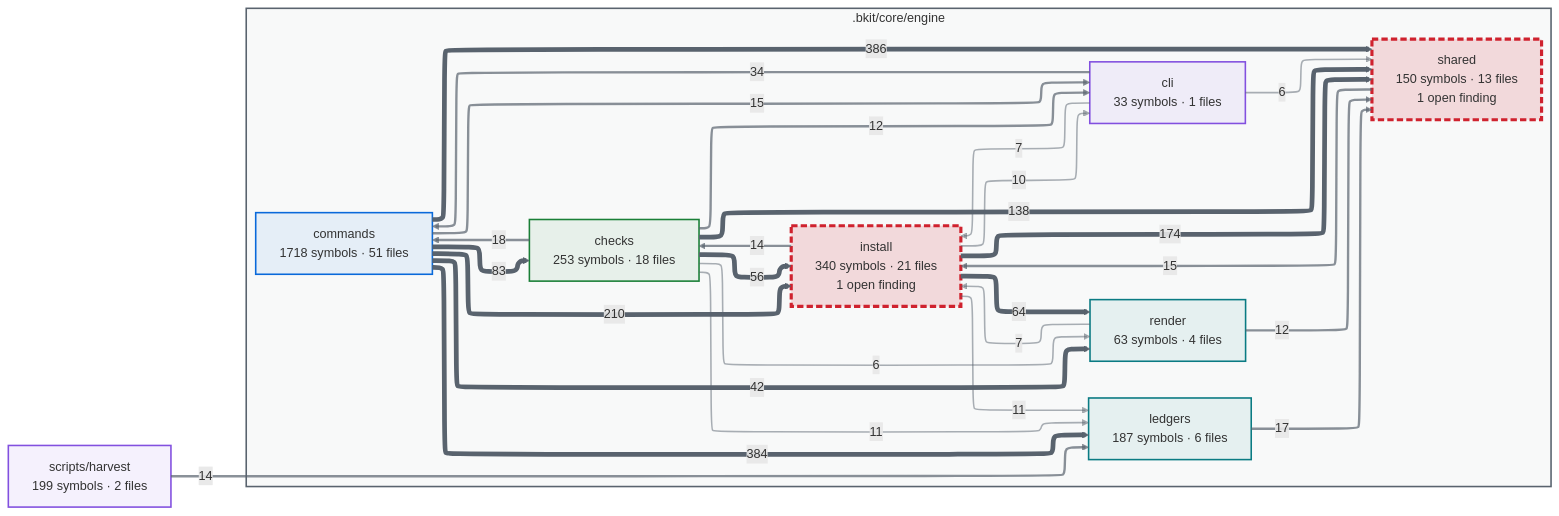
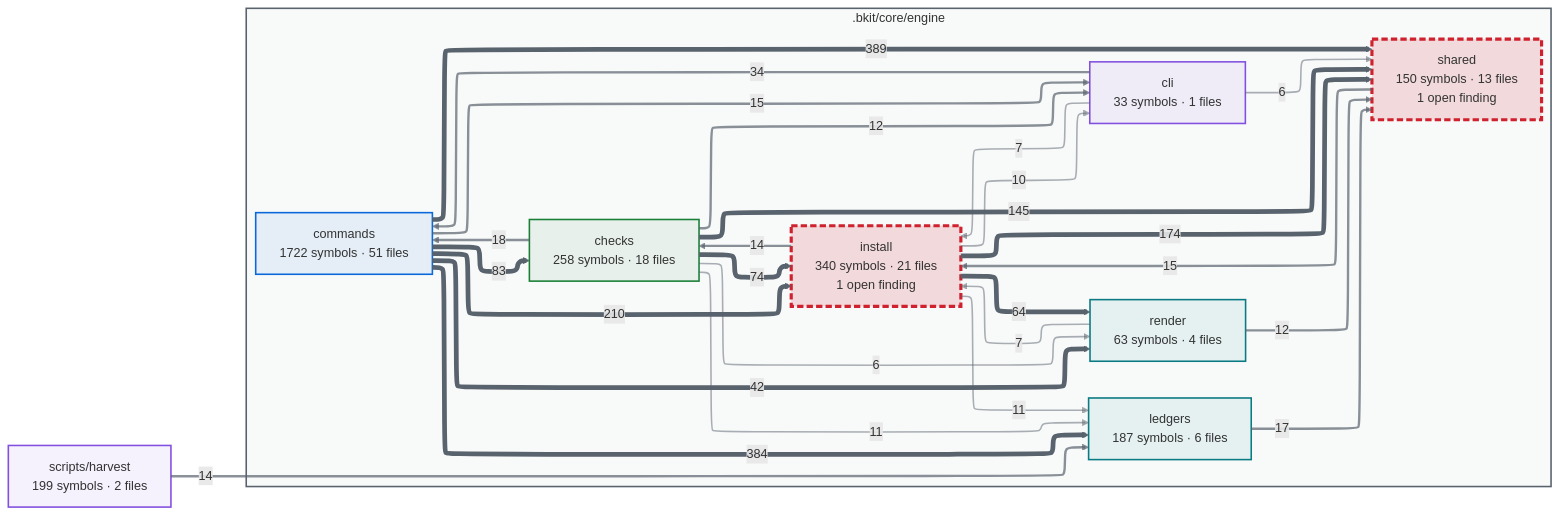
One commit to cbartens/bkit changed the first of 2 diagrams in docs/capabilities.md. Above: the diagram before and after it, drawn with Mermaid. The commit also changed other lines of this file and 237 other files, not shown here.

````diff
--- a/docs/capabilities.md
+++ b/docs/capabilities.md
@@ -154,80 +154,80 @@
 ```mermaid
 ---
 config:
   layout: elk
   themeCSS: "marker { overflow: visible; } marker path { transform: scale(1.8); transform-origin: 5px 5px; }"
   flowchart:
     useMaxWidth: false
 ---
 flowchart LR
   %% Generated by bkit-graphify-rollup.py — do not edit
   subgraph gn_bkit_core_engine[".bkit/core/engine"]
-    n_bkit_core_engine_checks["checks<br/>253 symbols · 18 files"]
+    n_bkit_core_engine_checks["checks<br/>258 symbols · 18 files"]
     n_bkit_core_engine_cli["cli<br/>33 symbols · 1 files"]
-    n_bkit_core_engine_commands["commands<br/>1718 symbols · 51 files"]
+    n_bkit_core_engine_commands["commands<br/>1722 symbols · 51 files"]
     n_bkit_core_engine_install["install<br/>340 symbols · 21 files<br/>1 open finding"]
     n_bkit_core_engine_ledgers["ledgers<br/>187 symbols · 6 files"]
     n_bkit_core_engine_render["render<br/>63 symbols · 4 files"]
     n_bkit_core_engine_shared["shared<br/>150 symbols · 13 files<br/>1 open finding"]
   end
   nscripts_harvest["scripts/harvest<br/>199 symbols · 2 files"]
-  n_bkit_core_engine_commands -->|386| n_bkit_core_engine_shared
+  n_bkit_core_engine_commands -->|389| n_bkit_core_engine_shared
   n_bkit_core_engine_commands -->|384| n_bkit_core_engine_ledgers
   n_bkit_core_engine_commands -->|210| n_bkit_core_engine_install
   n_bkit_core_engine_install -->|174| n_bkit_core_engine_shared
-  n_bkit_core_engine_checks -->|138| n_bkit_core_engine_shared
+  n_bkit_core_engine_checks -->|145| n_bkit_core_engine_shared
   n_bkit_core_engine_commands -->|83| n_bkit_core_engine_checks
+  n_bkit_core_engine_checks -->|74| n_bkit_core_engine_install
   n_bkit_core_engine_install -->|64| n_bkit_core_engine_render
-  n_bkit_core_engine_checks -->|56| n_bkit_core_engine_install
   n_bkit_core_engine_commands -->|42| n_bkit_core_engine_render
   n_bkit_core_engine_cli -->|34| n_bkit_core_engine_commands
   n_bkit_core_engine_checks -->|18| n_bkit_core_engine_commands
   n_bkit_core_engine_ledgers -->|17| n_bkit_core_engine_shared
   n_bkit_core_engine_shared -->|15| n_bkit_core_engine_install
   n_bkit_core_engine_commands -->|15| n_bkit_core_engine_cli
   n_bkit_core_engine_install -->|14| n_bkit_core_engine_checks
   nscripts_harvest -->|14| n_bkit_core_engine_ledgers
   n_bkit_core_engine_checks -->|12| n_bkit_core_engine_cli
   n_bkit_core_engine_render -->|12| n_bkit_core_engine_shared
   n_bkit_core_engine_checks -->|11| n_bkit_core_engine_ledgers
   n_bkit_core_engine_install -->|11| n_bkit_core_engine_ledgers
   n_bkit_core_engine_install -->|10| n_bkit_core_engine_cli
   n_bkit_core_engine_cli -->|7| n_bkit_core_engine_install
   n_bkit_core_engine_render -->|7| n_bkit_core_engine_install
   n_bkit_core_engine_checks -->|6| n_bkit_core_engine_render
   n_bkit_core_engine_cli -->|6| n_bkit_core_engine_shared
   style gn_bkit_core_engine fill:#59636e0a,stroke:#59636e,stroke-width:2px
   style n_bkit_core_engine_checks stroke:#1a7f37,stroke-width:2px,fill:#1a7f3714
   style n_bkit_core_engine_cli stroke:#8250df,stroke-width:2px,fill:#8250df14
   style n_bkit_core_engine_commands stroke:#0969da,stroke-width:2px,fill:#0969da14
   style n_bkit_core_engine_install stroke:#cf222e,stroke-width:4px,stroke-dasharray:8 4,fill:#cf222e26
   style n_bkit_core_engine_ledgers stroke:#0a7b83,stroke-width:2px,fill:#0a7b8314
   style n_bkit_core_engine_render stroke:#0a7b83,stroke-width:2px,fill:#0a7b8314
   style n_bkit_core_engine_shared stroke:#cf222e,stroke-width:4px,stroke-dasharray:8 4,fill:#cf222e26
   style nscripts_harvest stroke:#8250df,stroke-width:2px,fill:#8250df14
   linkStyle 0 stroke:#59636e,stroke-width:6px
   linkStyle 1 stroke:#59636e,stroke-width:6px
   linkStyle 2 stroke:#59636e,stroke-width:6px
   linkStyle 3 stroke:#59636e,stroke-width:6px
   linkStyle 4 stroke:#59636e,stroke-width:6px
   linkStyle 5 stroke:#59636e,stroke-width:6px
   linkStyle 6 stroke:#59636e,stroke-width:6px
   linkStyle 7 stroke:#59636e,stroke-width:6px
   linkStyle 8 stroke:#59636e,stroke-width:6px
   linkStyle 9 stroke:#59636eb3,stroke-width:3px
   linkStyle 10 stroke:#59636eb3,stroke-width:3px
   linkStyle 11 stroke:#59636eb3,stroke-width:3px
   linkStyle 12 stroke:#59636eb3,stroke-width:3px
   linkStyle 13 stroke:#59636eb3,stroke-width:3px
   linkStyle 14 stroke:#59636eb3,stroke-width:3px
   linkStyle 15 stroke:#59636eb3,stroke-width:3px
   linkStyle 16 stroke:#59636eb3,stroke-width:3px
   linkStyle 17 stroke:#59636eb3,stroke-width:3px
   linkStyle 18 stroke:#59636e80,stroke-width:2px
   linkStyle 19 stroke:#59636e80,stroke-width:2px
   linkStyle 20 stroke:#59636e80,stroke-width:2px
   linkStyle 21 stroke:#59636e80,stroke-width:2px
   linkStyle 22 stroke:#59636e80,stroke-width:2px
   linkStyle 23 stroke:#59636e80,stroke-width:2px
   linkStyle 24 stroke:#59636e80,stroke-width:2px
 ```
````
